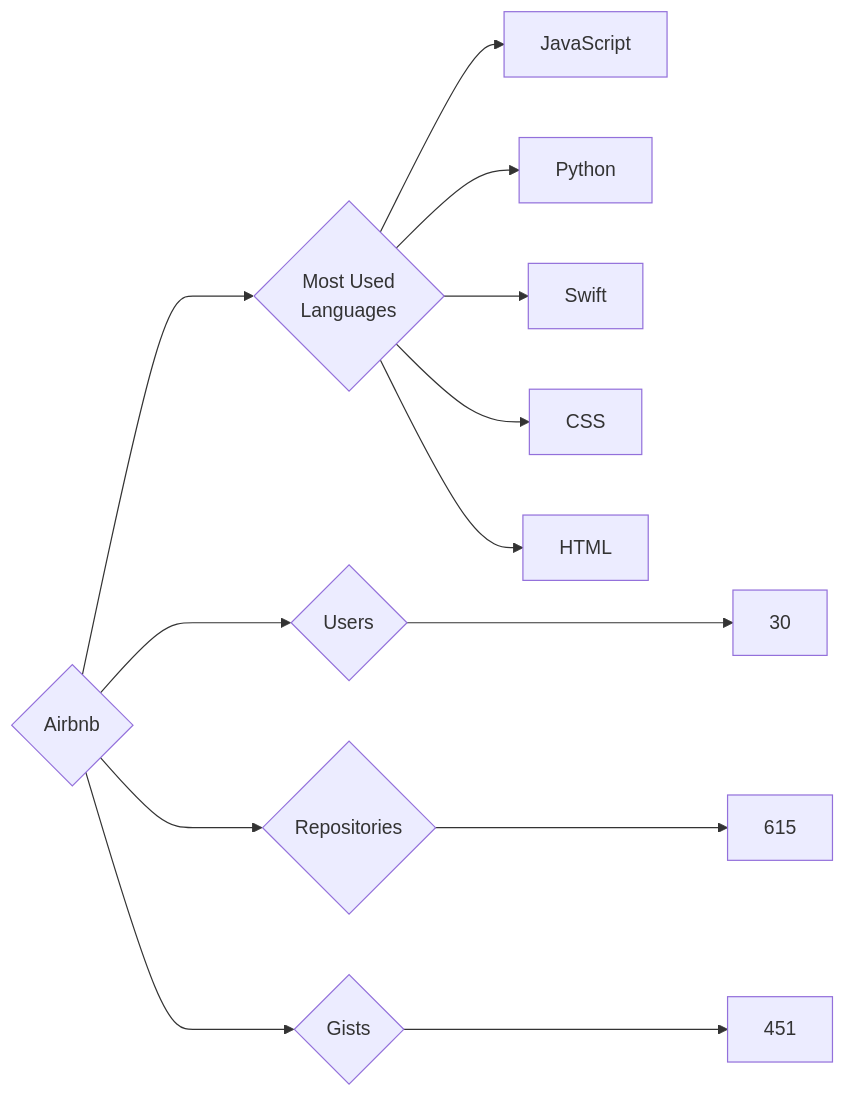
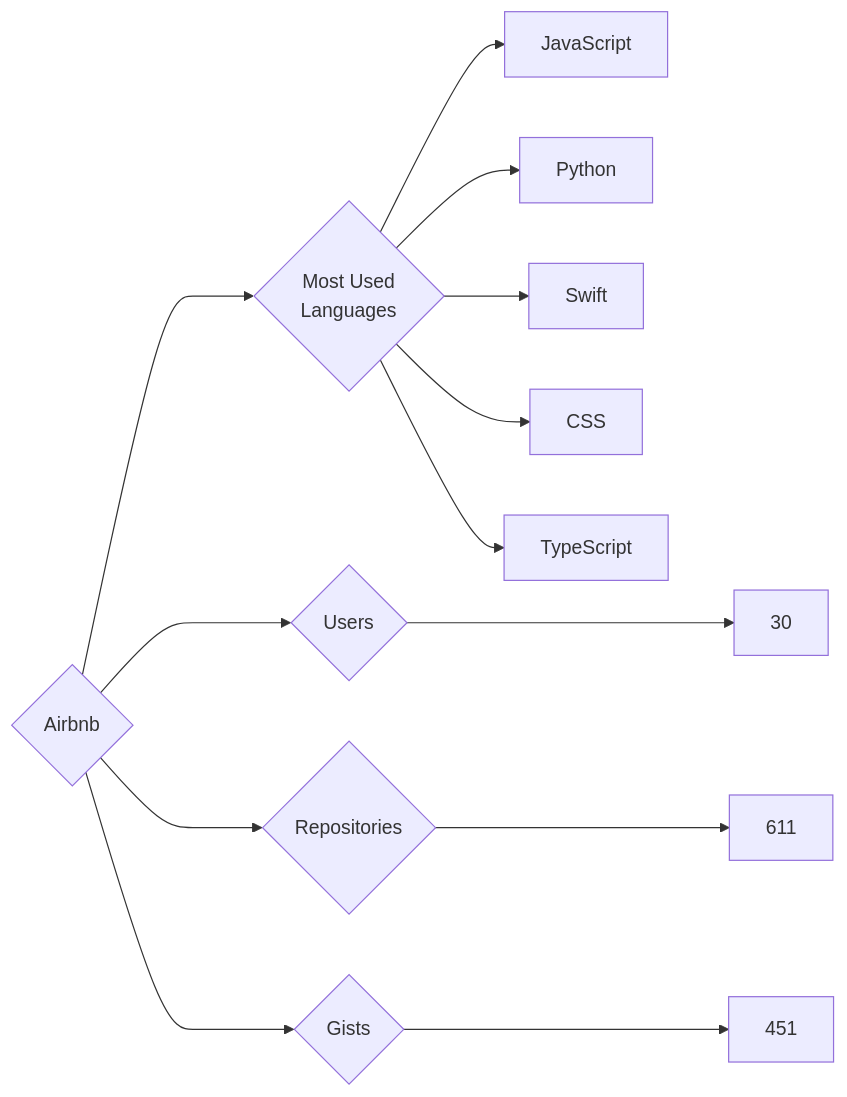
The diagram in targets/Airbnb/README.md (trickest/insiders), drawn with Mermaid before and after one commit. The commit also changed 775 other files, not shown here.

````diff
--- a/targets/Airbnb/README.md
+++ b/targets/Airbnb/README.md
@@ -3,13 +3,13 @@
 ```mermaid
 graph LR
 COMPANY_NAME{Airbnb}
 COMPANY_NAME ---> U{Users} ---> UN[30]
-COMPANY_NAME ---> R{Repositories} ---> RN[615]
+COMPANY_NAME ---> R{Repositories} ---> RN[611]
 COMPANY_NAME ---> G{Gists} ---> GN[451]
 COMPANY_NAME ---> ML{Most Used<br>Languages}
 ML --> JavaScript[JavaScript]
 ML --> Python[Python]
 ML --> Swift[Swift]
 ML --> CSS[CSS]
-ML --> HTML[HTML]
+ML --> TypeScript[TypeScript]
 ```
````
